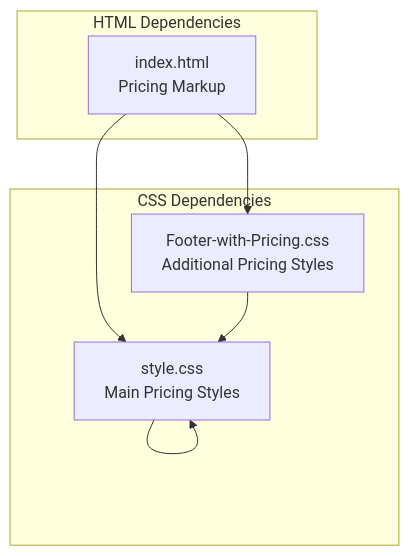
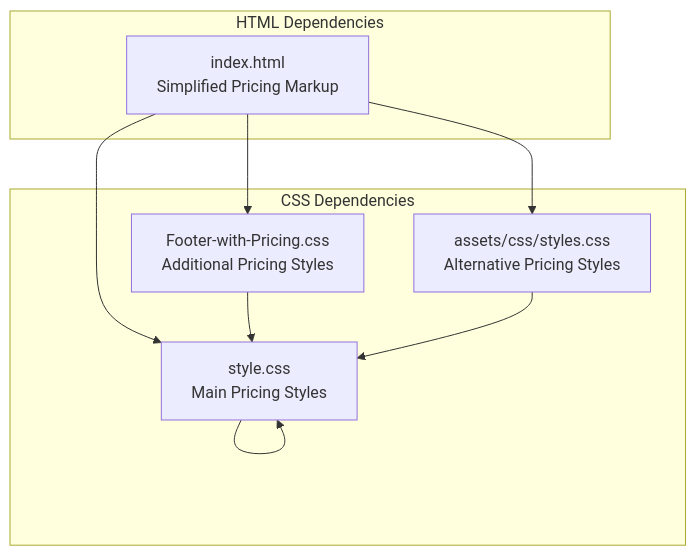
The third of 3 diagrams in .qoder/repowiki/en/content/Core Features/Service Showcase/Pricing Section.md (lynchip/graduates), drawn with Mermaid before and after one commit. The commit also changed other lines of this file and 12 other files, not shown here.

````diff
--- a/.qoder/repowiki/en/content/Core Features/Service Showcase/Pricing Section.md
+++ b/.qoder/repowiki/en/content/Core Features/Service Showcase/Pricing Section.md
@@ -358,14 +231,17 @@
 ```mermaid
 graph TB
 subgraph "HTML Dependencies"
-IH["index.html<br/>Pricing Markup"]
+IH["index.html<br/>Simplified Pricing Markup"]
 end
 subgraph "CSS Dependencies"
 SC["style.css<br/>Main Pricing Styles"]
 FC["Footer-with-Pricing.css<br/>Additional Pricing Styles"]
+AS["assets/css/styles.css<br/>Alternative Pricing Styles"]
 end
 IH --> SC
 IH --> FC
+IH --> AS
 SC --> SC
 FC --> SC
+AS --> SC
 ```
````
